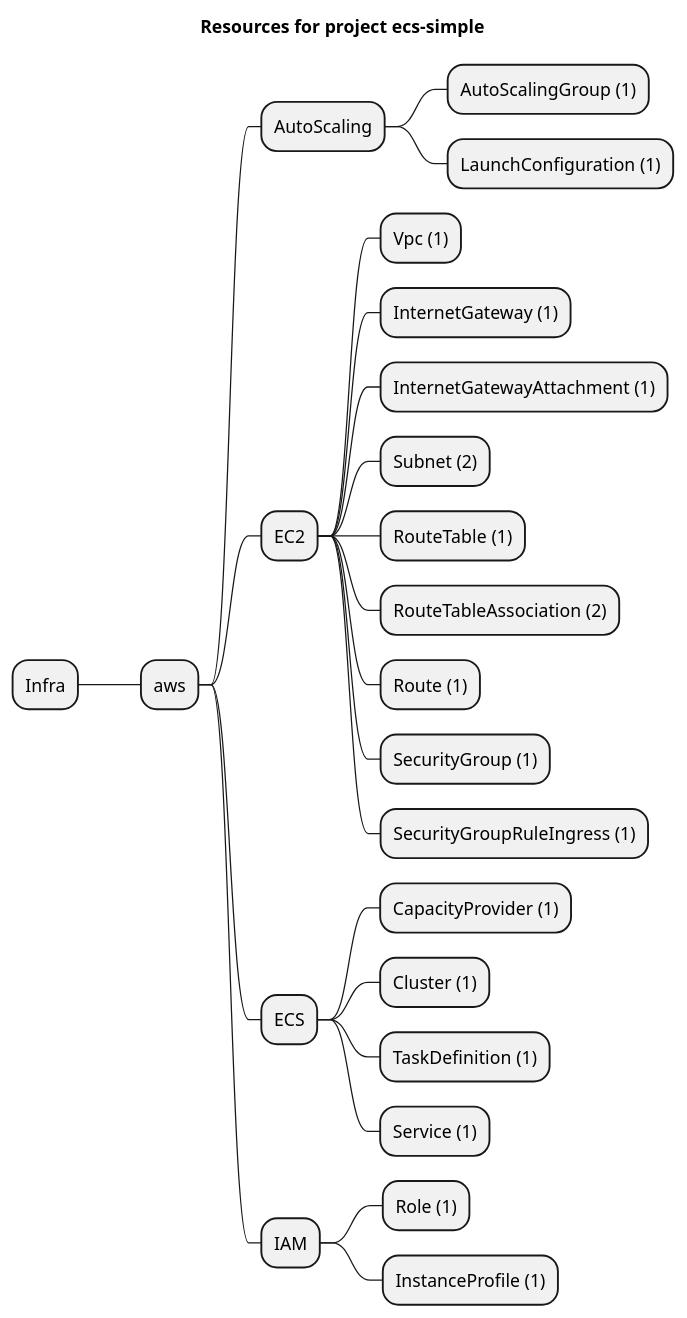
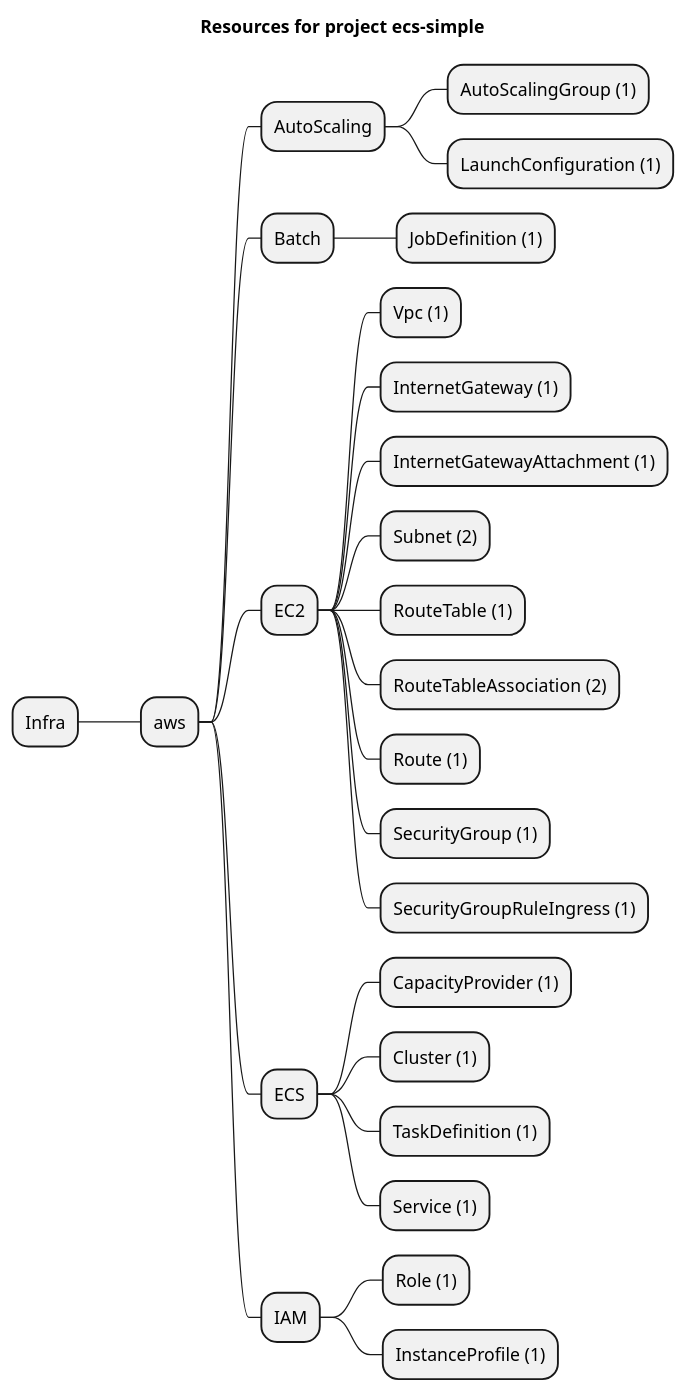
Before and after one commit to grucloud/grucloud: the diagram in examples/aws/ECS/ecs-simple/artifacts/resources-mindmap.puml, drawn with PlantUML. The commit also changed 59 other files, not shown here.

```diff
--- a/examples/aws/ECS/ecs-simple/artifacts/resources-mindmap.puml
+++ b/examples/aws/ECS/ecs-simple/artifacts/resources-mindmap.puml
@@ -1,27 +1,29 @@
 @startmindmap
 title Resources for project ecs-simple
 skinparam monochrome true
 + Infra
 ++ aws
 +++ AutoScaling
 ++++ AutoScalingGroup (1)
 ++++ LaunchConfiguration (1)
++++ Batch
+++++ JobDefinition (1)
 +++ EC2
 ++++ Vpc (1)
 ++++ InternetGateway (1)
 ++++ InternetGatewayAttachment (1)
 ++++ Subnet (2)
 ++++ RouteTable (1)
 ++++ RouteTableAssociation (2)
 ++++ Route (1)
 ++++ SecurityGroup (1)
 ++++ SecurityGroupRuleIngress (1)
 +++ ECS
 ++++ CapacityProvider (1)
 ++++ Cluster (1)
 ++++ TaskDefinition (1)
 ++++ Service (1)
 +++ IAM
 ++++ Role (1)
 ++++ InstanceProfile (1)
 @endmindmap
```
